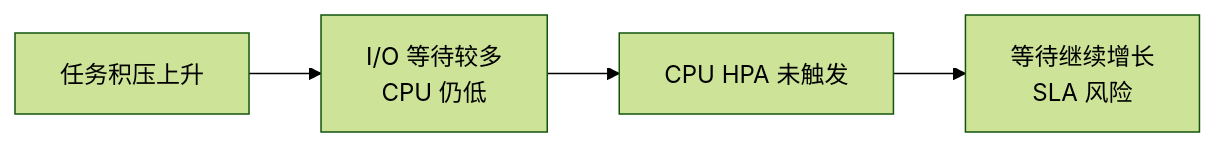
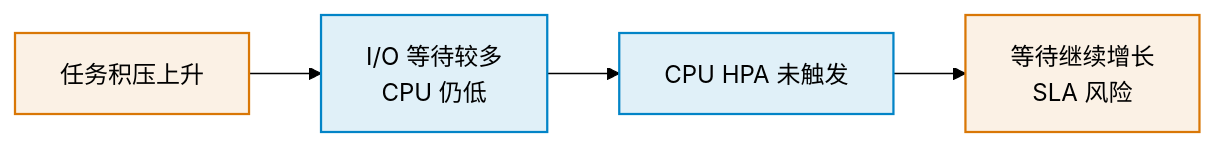
Before and after one commit to pinpols/file-batch-system: the first of 5 diagrams in docs/runbook/autoscaling-strategy.md, drawn with Mermaid (forest theme). The commit also changed other lines of this file and 34 other files, not shown here.

First line of the commit message:
docs(diagram): 完成 P3 Mermaid 图样式收口并补充制图规范 (#1390)

````diff
--- a/docs/runbook/autoscaling-strategy.md
+++ b/docs/runbook/autoscaling-strategy.md
@@ -23,7 +23,10 @@
 ```mermaid
 %%{init: {"flowchart":{"curve":"linear","nodeSpacing":32,"rankSpacing":48},"sequence":{"mirrorActors":false}}}%%
 flowchart LR
-  BACKLOG["任务积压上升"] --> IO["I/O 等待较多<br/>CPU 仍低"]
-  IO --> CPU["CPU HPA 未触发"]
-  CPU --> SLA["等待继续增长<br/>SLA 风险"]
+  BACKLOG["任务积压上升"]:::wait --> IO["I/O 等待较多<br/>CPU 仍低"]:::control
+  IO --> CPU["CPU HPA 未触发"]:::control
+  CPU --> SLA["等待继续增长<br/>SLA 风险"]:::wait
+
+  classDef control fill:#0284c71f,stroke:#0284c7,stroke-width:1.5px
+  classDef wait fill:#d977061a,stroke:#d97706,stroke-width:1.5px
 ```
````
